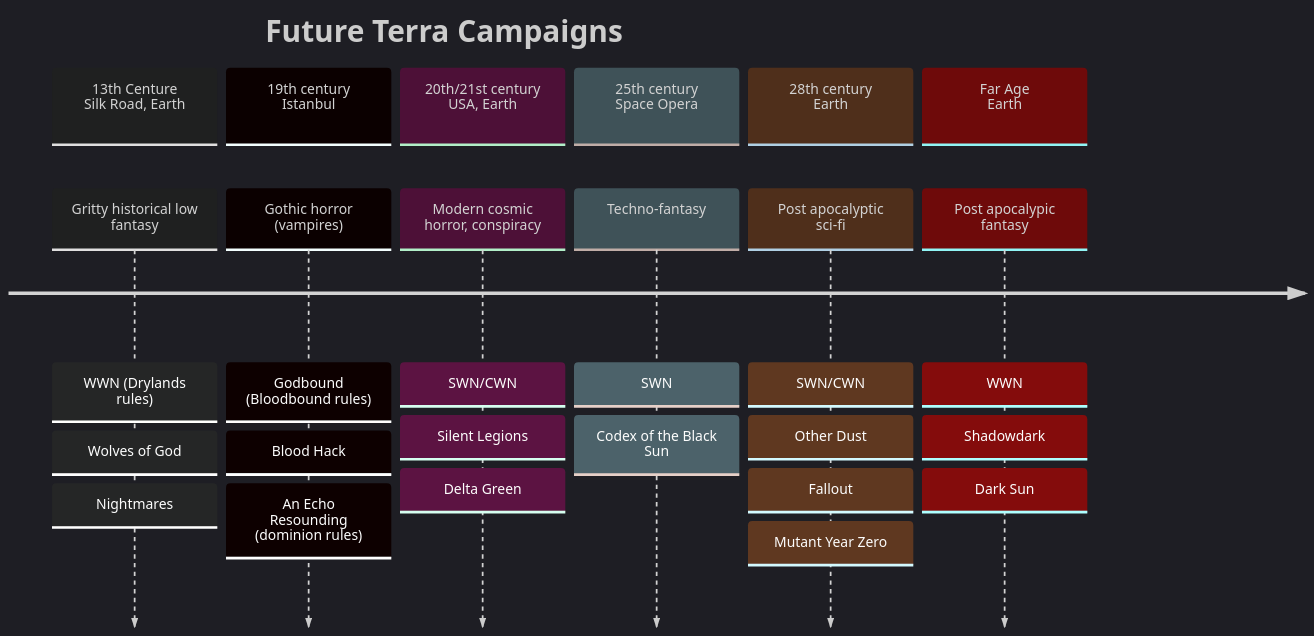
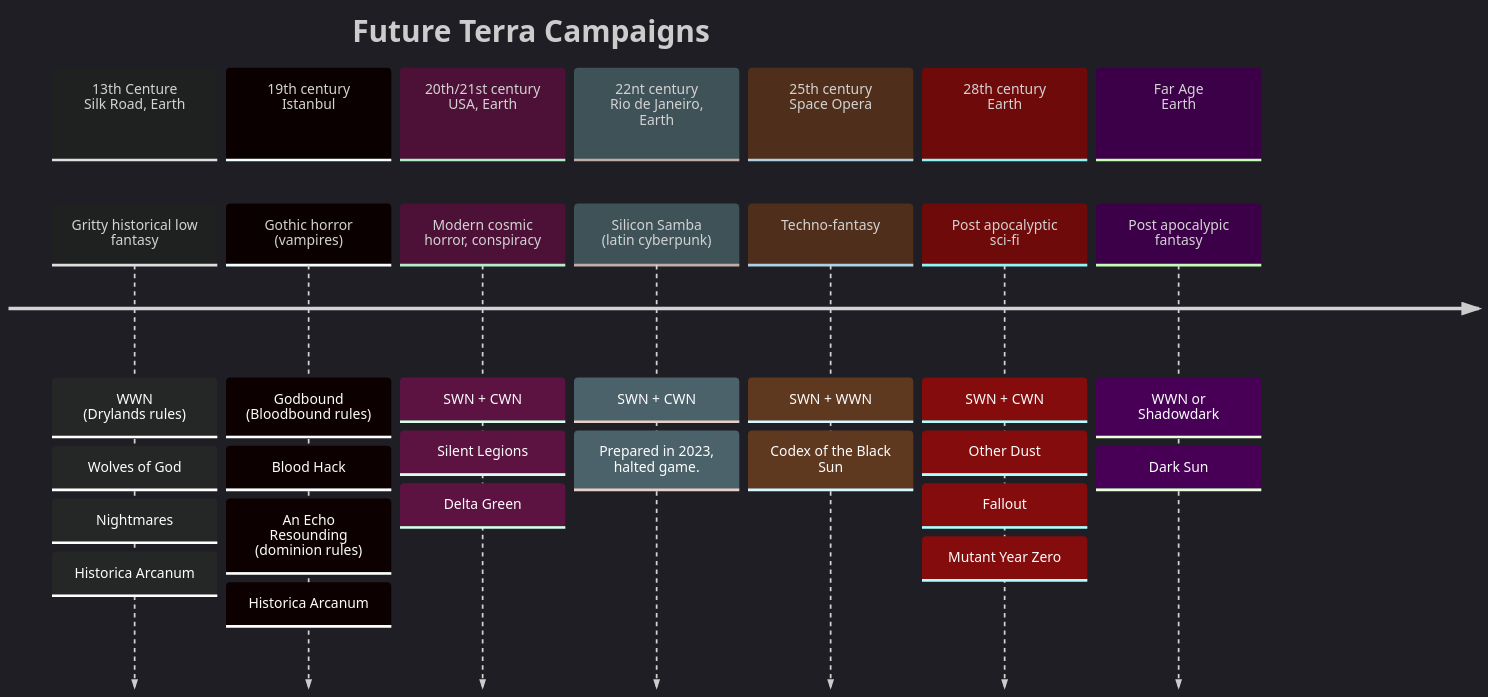
The second of 2 diagrams in README.md (efsalvarenga/arrival_pcs), drawn with Mermaid before and after one commit. The commit also changed other lines of this file, not shown here.

````diff
--- a/README.md
+++ b/README.md
@@ -25,35 +21,40 @@
 ```mermaid
 %%{init: { 'logLevel': 'debug', 'theme': 'dark' } }%%
 timeline
         title Future Terra Campaigns
         section 13th Centure <br> Silk Road, Earth
 	        Gritty historical low fantasy
-			: WWN (Drylands rules)
+			: WWN <br> (Drylands rules)
 			: Wolves of God
 			: Nightmares
+			: Historica Arcanum
 		section 19th century <br> Istanbul
 			Gothic horror <br> (vampires)
-			: Godbound (Bloodbound rules)
+			: Godbound <br> (Bloodbound rules)
 			: Blood Hack
 			: An Echo Resounding (dominion rules)
+			: Historica Arcanum
 		section 20th/21st century <br> USA, Earth
 			Modern cosmic horror, conspiracy
-			: SWN/CWN
+			: SWN + CWN
 			: Silent Legions
 			: Delta Green
+        section 22nt century <br> Rio de Janeiro, Earth
+	        Silicon Samba <br> (latin cyberpunk)
+			: SWN + CWN
+			: Prepared in 2023, halted game.
 		section 25th century <br> Space Opera
 			Techno-fantasy
-			: SWN
+			: SWN + WWN
 			: Codex of the Black Sun
 		section 28th century <br> Earth
 			Post apocalyptic sci-fi
-			: SWN/CWN
+			: SWN + CWN
 			: Other Dust
 			: Fallout
 			: Mutant Year Zero
 		section Far Age <br> Earth
 			Post apocalypic fantasy
-			: WWN
-			: Shadowdark
+			: WWN or Shadowdark
 			: Dark Sun
 ```
````
